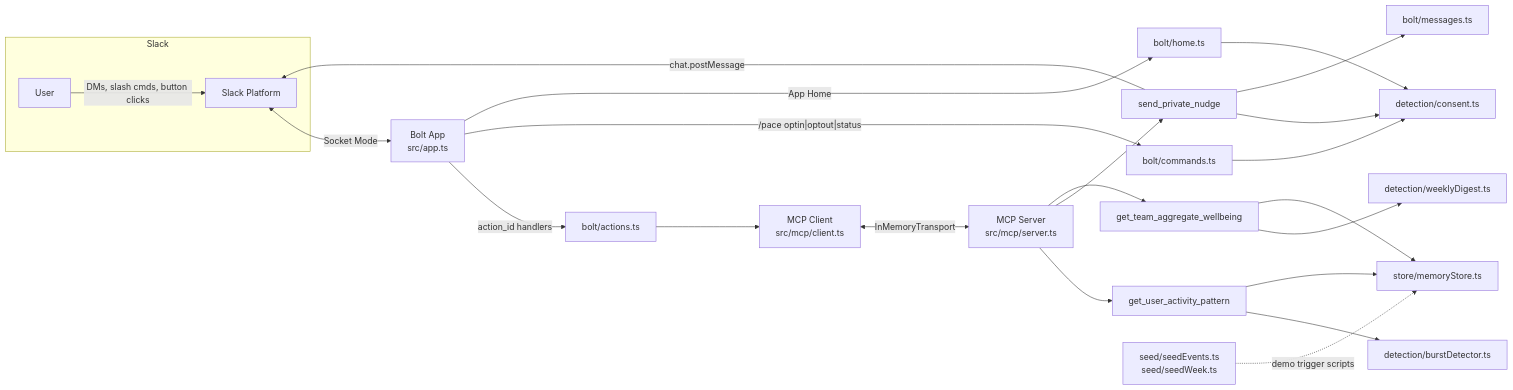
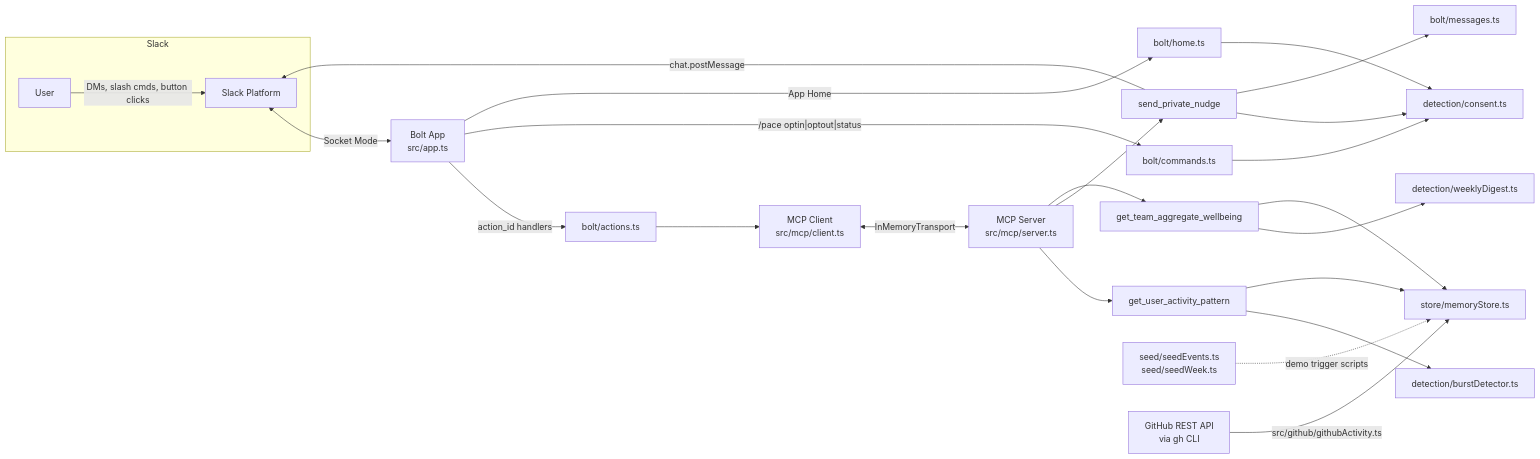
The diagram in docs/architecture.md (stanleyoz/slack-pace), drawn with Mermaid before and after one commit. The commit also changed other lines of this file and 2 other files, not shown here.

First line of the commit message:
Document the real GitHub PR integration

````diff
--- a/docs/architecture.md
+++ b/docs/architecture.md
@@ -9,32 +9,33 @@
 ```mermaid
 flowchart LR
     subgraph Slack
         U[User] -->|DMs, slash cmds, button clicks| SlackAPI[Slack Platform]
     end
 
     SlackAPI <-->|Socket Mode| Bolt[Bolt App\nsrc/app.ts]
 
     Bolt -->|action_id handlers| Actions[bolt/actions.ts]
     Bolt -->|"/pace optin|optout|status"| Commands[bolt/commands.ts]
     Bolt -->|App Home| Home[bolt/home.ts]
 
     Actions --> McpClient[MCP Client\nsrc/mcp/client.ts]
     Commands --> Consent[detection/consent.ts]
     Home --> Consent
 
     McpClient <-->|InMemoryTransport| McpServer[MCP Server\nsrc/mcp/server.ts]
 
     McpServer --> T1[get_user_activity_pattern]
     McpServer --> T2[send_private_nudge]
     McpServer --> T3[get_team_aggregate_wellbeing]
 
     T1 --> Burst[detection/burstDetector.ts]
     T1 --> Store[store/memoryStore.ts]
     T2 --> Consent
     T2 --> Messages[bolt/messages.ts]
     T2 -->|chat.postMessage| SlackAPI
     T3 --> Digest[detection/weeklyDigest.ts]
     T3 --> Store
 
     Seed[seed/seedEvents.ts\nseed/seedWeek.ts] -.->|demo trigger scripts| Store
+    GitHub[GitHub REST API\nvia gh CLI] -->|src/github/githubActivity.ts| Store
 ```
````
